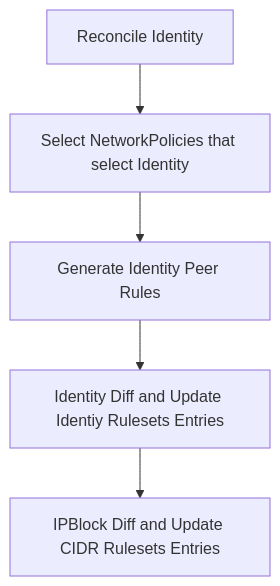
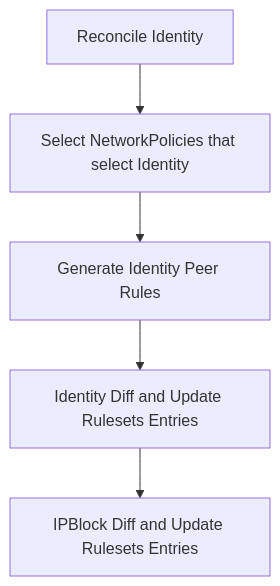
Before and after one commit to rcanderson23/mesh-cni: the first of 2 diagrams in mesh-cni-policy-controller/README.md, drawn with Mermaid.

Commit message:
single ruleset

````diff
--- a/mesh-cni-policy-controller/README.md
+++ b/mesh-cni-policy-controller/README.md
@@ -7,7 +7,7 @@
 ```mermaid
 flowchart TD
   A[Reconcile Identity] --> B[Select NetworkPolicies that select Identity]
   B --> C[Generate Identity Peer Rules]
-  C --> D[Identity Diff and Update Identiy Rulesets Entries]
-  D --> E[IPBlock Diff and Update CIDR Rulesets Entries]
+  C --> D[Identity Diff and Update Rulesets Entries]
+  D --> E[IPBlock Diff and Update Rulesets Entries]
 ```
````
